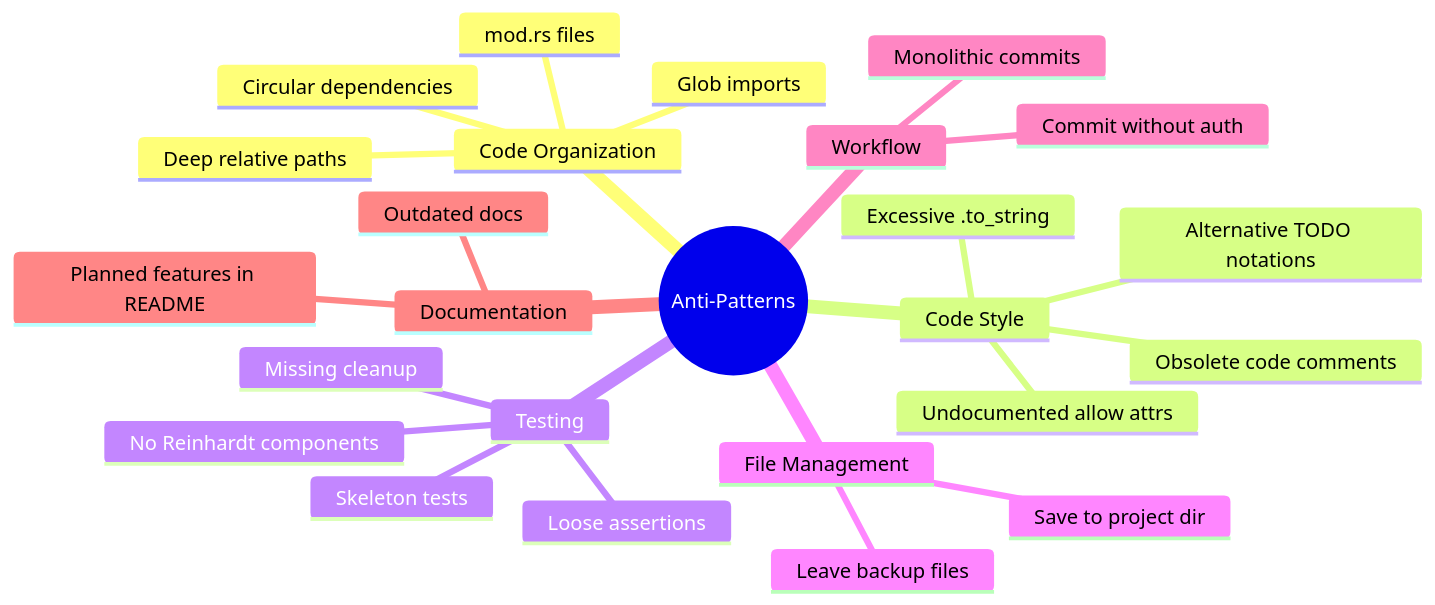
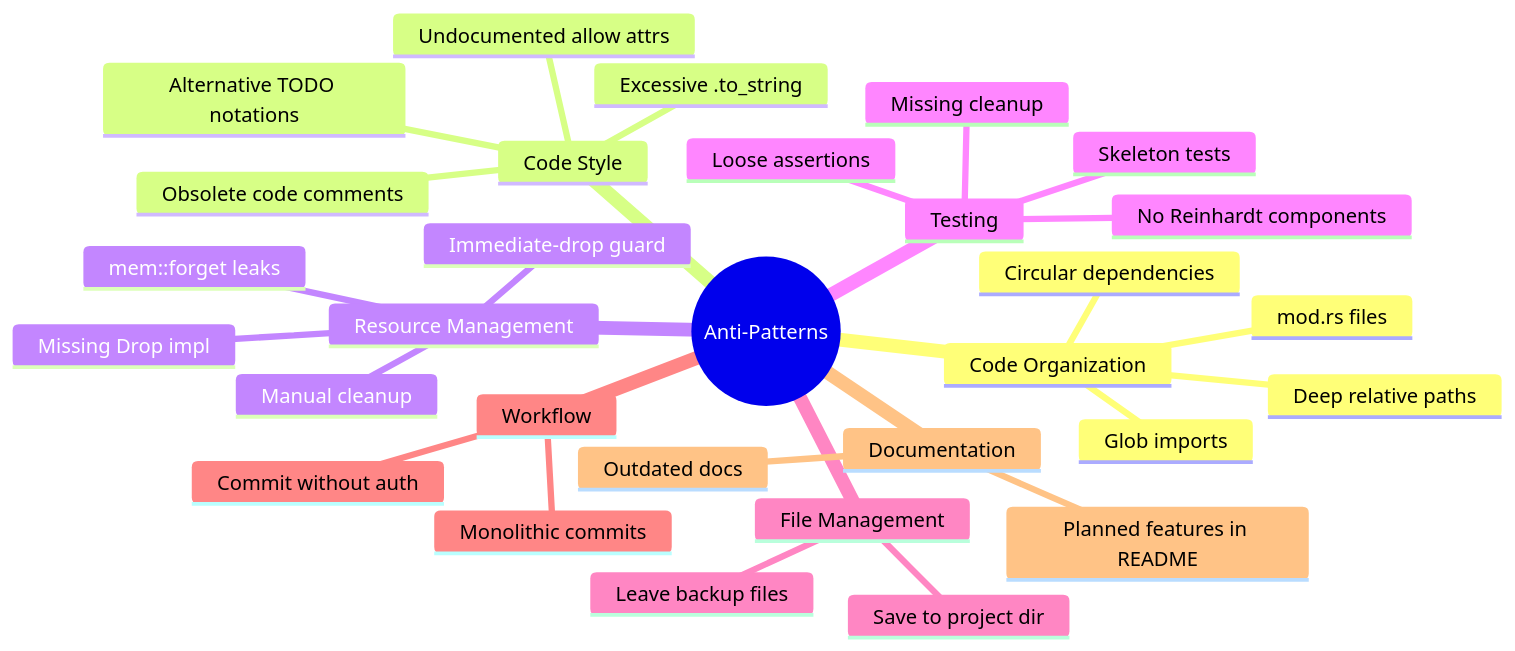
The diagram in instructions/ANTI_PATTERNS.md (kent8192/reinhardt-web), drawn with Mermaid before and after one commit. The commit also changed other lines of this file and 3 other files, not shown here.

First line of the commit message:
docs: mandate RAII pattern for resource management

````diff
--- a/instructions/ANTI_PATTERNS.md
+++ b/instructions/ANTI_PATTERNS.md
@@ -11,28 +11,33 @@
 ```mermaid
 mindmap
   root((Anti-Patterns))
     Code Organization
       mod.rs files
       Glob imports
       Circular dependencies
       Deep relative paths
     Code Style
       Excessive .to_string
       Obsolete code comments
       Alternative TODO notations
       Undocumented allow attrs
+    Resource Management
+      Manual cleanup
+      mem::forget leaks
+      Immediate-drop guard
+      Missing Drop impl
     Testing
       Skeleton tests
       No Reinhardt components
       Missing cleanup
       Loose assertions
     File Management
       Save to project dir
       Leave backup files
     Workflow
       Commit without auth
       Monolithic commits
     Documentation
       Outdated docs
       Planned features in README
 ```
````
